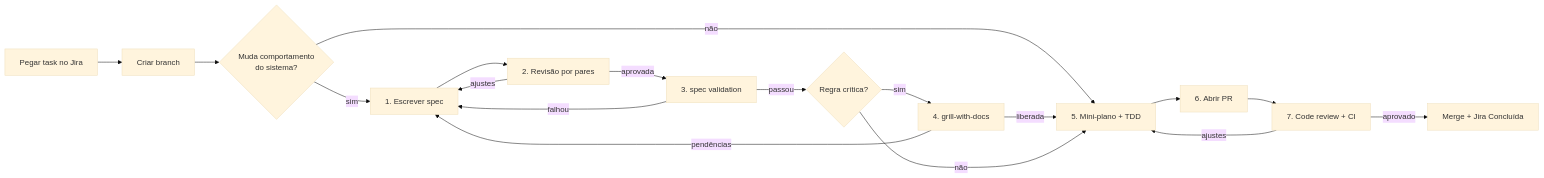
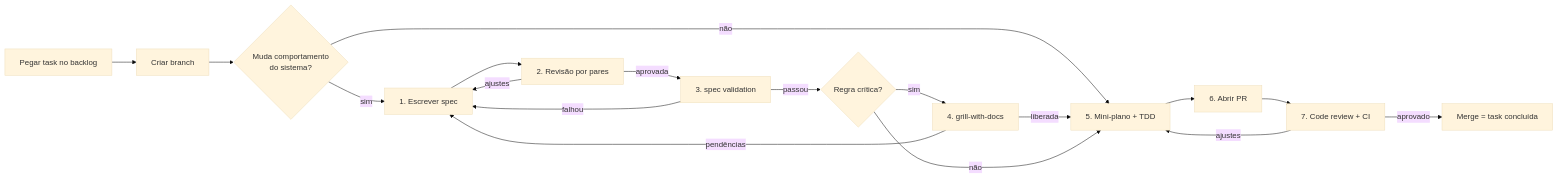
One commit to renatarsilva/projeto-qualidade-software-senac changed the diagram in docs/processo/ai-workflow.md. Above: the diagram before and after it, drawn with Mermaid (base theme). The commit also changed other lines of this file and 3 other files, not shown here.

Commit message:
docs(processo): troca o Jira pelo backlog no fluxo das tasks (#5)

````diff
--- a/docs/processo/ai-workflow.md
+++ b/docs/processo/ai-workflow.md
@@ -9,20 +9,20 @@
 ```mermaid
 flowchart LR
-    A[Pegar task no Jira] --> B[Criar branch]
+    A[Pegar task no backlog] --> B[Criar branch]
     B --> C{Muda comportamento<br/>do sistema?}
     C -- não --> H
     C -- sim --> D[1. Escrever spec]
     D --> E[2. Revisão por pares]
     E -- ajustes --> D
     E -- aprovada --> F[3. spec validation]
     F -- falhou --> D
     F -- passou --> G{Regra crítica?}
     G -- sim --> G2[4. grill-with-docs]
     G2 -- pendências --> D
     G2 -- liberada --> H[5. Mini-plano + TDD]
     G -- não --> H
     H --> I[6. Abrir PR]
     I --> J[7. Code review + CI]
     J -- ajustes --> H
-    J -- aprovado --> K[Merge + Jira Concluída]
+    J -- aprovado --> K[Merge = task concluída]
 ```
````
